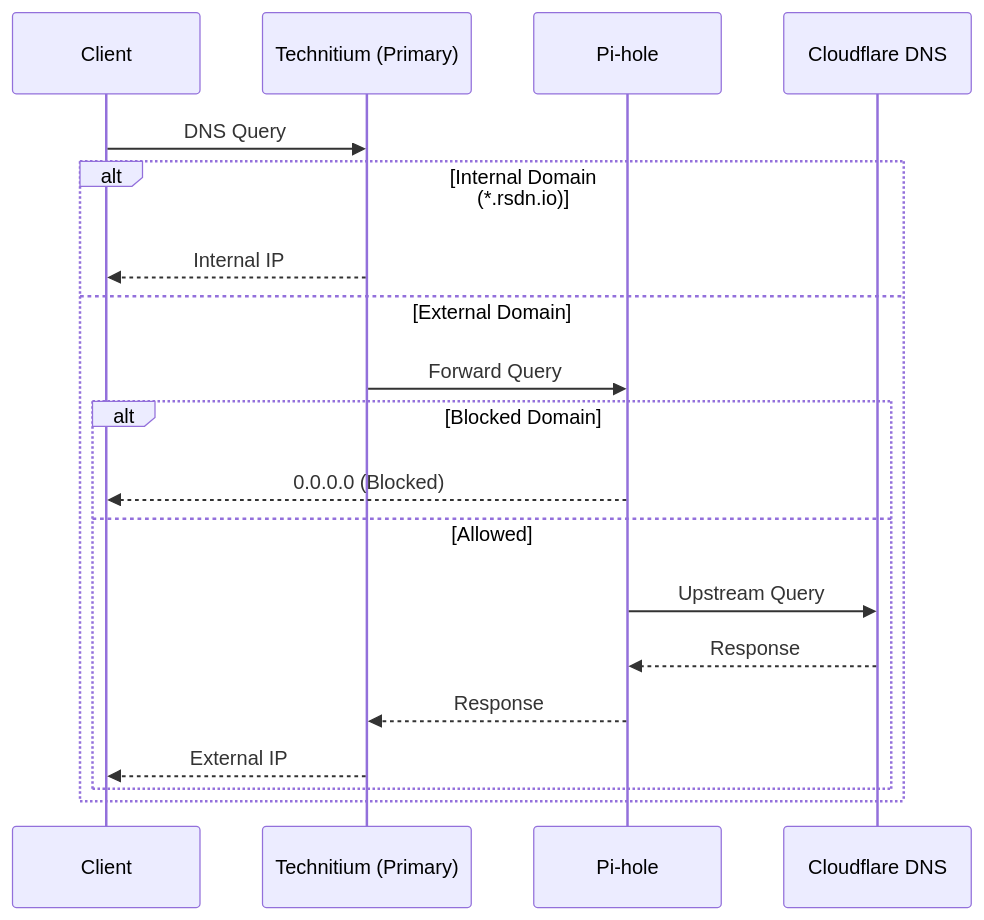
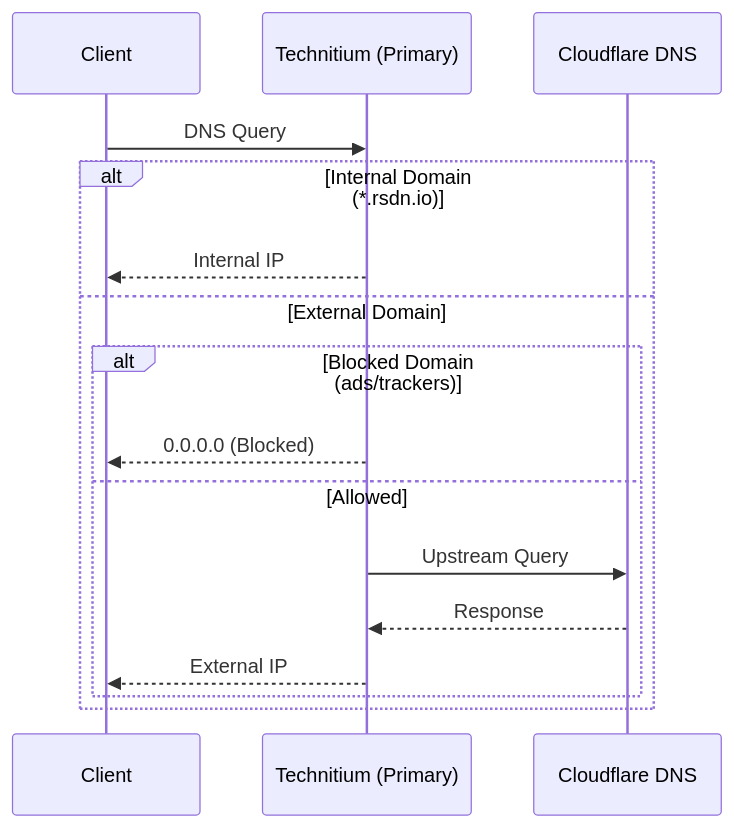
The second of 3 diagrams in docs/architecture/network.md (johnstetter/homelab-docs), drawn with Mermaid before and after one commit. The commit also changed other lines of this file and 7 other files, not shown here.

First line of the commit message:
docs: Remove Pi-hole references, Technitium handles ad blocking

````diff
--- a/docs/architecture/network.md
+++ b/docs/architecture/network.md
@@ -67,22 +137,19 @@
 ```mermaid
 sequenceDiagram
     participant Client
     participant Technitium as Technitium (Primary)
-    participant PiHole as Pi-hole
     participant Cloudflare as Cloudflare DNS
 
     Client->>Technitium: DNS Query
     alt Internal Domain (*.rsdn.io)
         Technitium-->>Client: Internal IP
     else External Domain
-        Technitium->>PiHole: Forward Query
-        alt Blocked Domain
-            PiHole-->>Client: 0.0.0.0 (Blocked)
+        alt Blocked Domain (ads/trackers)
+            Technitium-->>Client: 0.0.0.0 (Blocked)
         else Allowed
-            PiHole->>Cloudflare: Upstream Query
-            Cloudflare-->>PiHole: Response
-            PiHole-->>Technitium: Response
+            Technitium->>Cloudflare: Upstream Query
+            Cloudflare-->>Technitium: Response
             Technitium-->>Client: External IP
         end
     end
 ```
````
